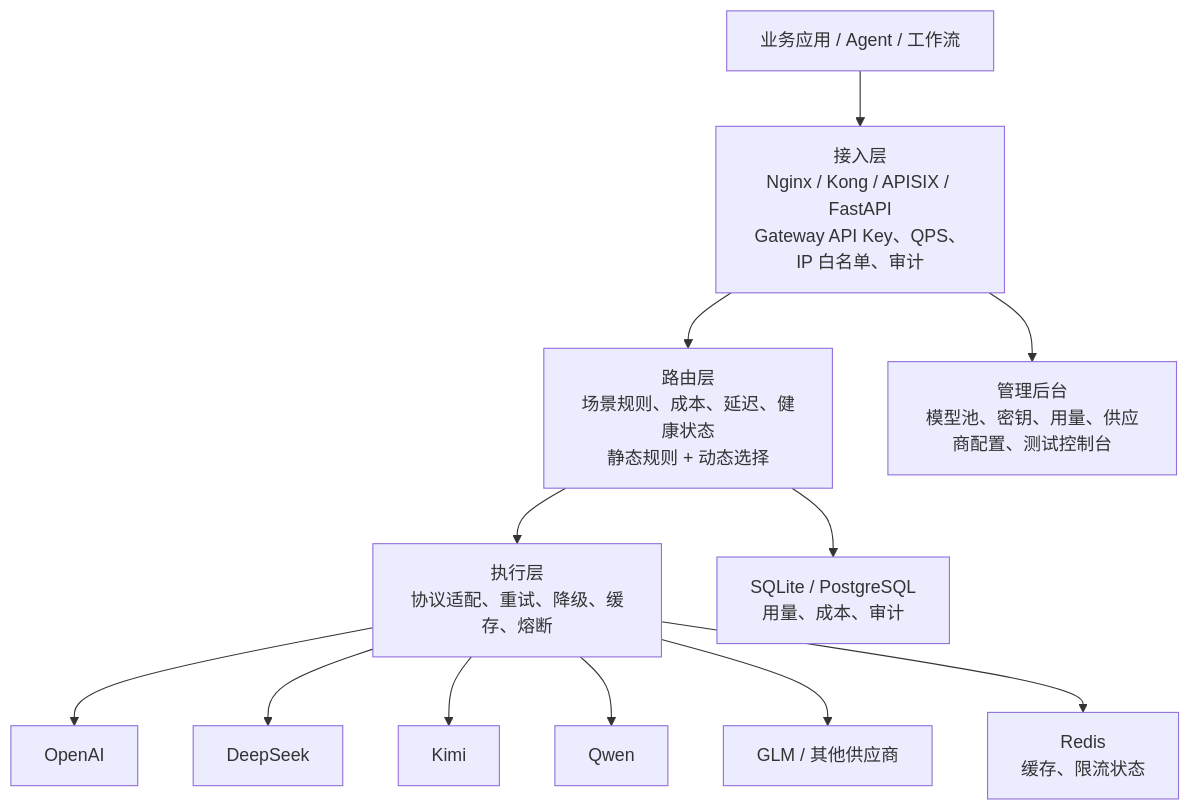
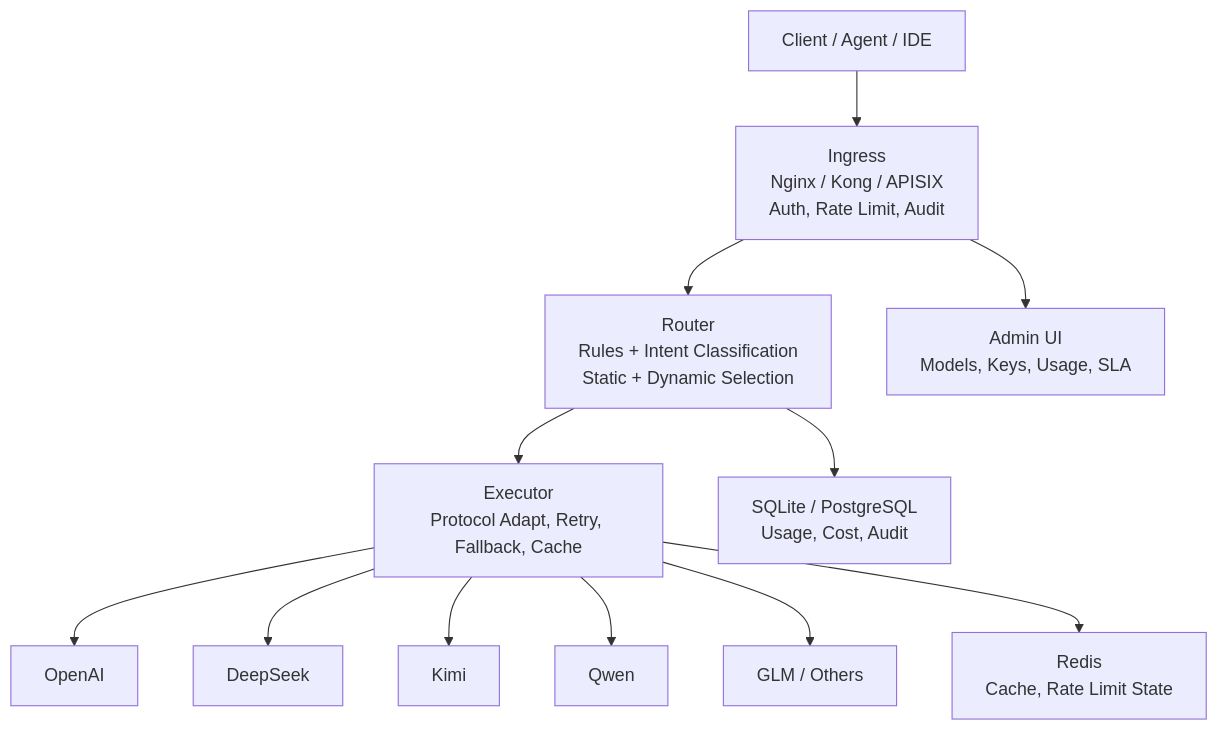
Before and after one commit to xuehaoweng/Keystone: the diagram in README.md, drawn with Mermaid. The commit also changed other lines of this file and 8 other files, not shown here.

````diff
--- a/README.md
+++ b/README.md
@@ -43,14 +150,14 @@
 ```mermaid
 flowchart TB
-  app["业务应用 / Agent / 工作流"] --> ingress["接入层<br/>Nginx / Kong / APISIX / FastAPI<br/>Gateway API Key、QPS、IP 白名单、审计"]
-  ingress --> router["路由层<br/>场景规则、成本、延迟、健康状态<br/>静态规则 + 动态选择"]
-  router --> executor["执行层<br/>协议适配、重试、降级、缓存、熔断"]
+  app["Client / Agent / IDE"] --> ingress["Ingress<br/>Nginx / Kong / APISIX<br/>Auth, Rate Limit, Audit"]
+  ingress --> router["Router<br/>Rules + Intent Classification<br/>Static + Dynamic Selection"]
+  router --> executor["Executor<br/>Protocol Adapt, Retry, Fallback, Cache"]
   executor --> openai["OpenAI"]
   executor --> deepseek["DeepSeek"]
   executor --> kimi["Kimi"]
   executor --> qwen["Qwen"]
-  executor --> glm["GLM / 其他供应商"]
-  ingress --> admin["管理后台<br/>模型池、密钥、用量、供应商配置、测试控制台"]
-  router --> db["SQLite / PostgreSQL<br/>用量、成本、审计"]
-  executor --> redis["Redis<br/>缓存、限流状态"]
+  executor --> glm["GLM / Others"]
+  ingress --> admin["Admin UI<br/>Models, Keys, Usage, SLA"]
+  router --> db["SQLite / PostgreSQL<br/>Usage, Cost, Audit"]
+  executor --> redis["Redis<br/>Cache, Rate Limit State"]
 ```
````
